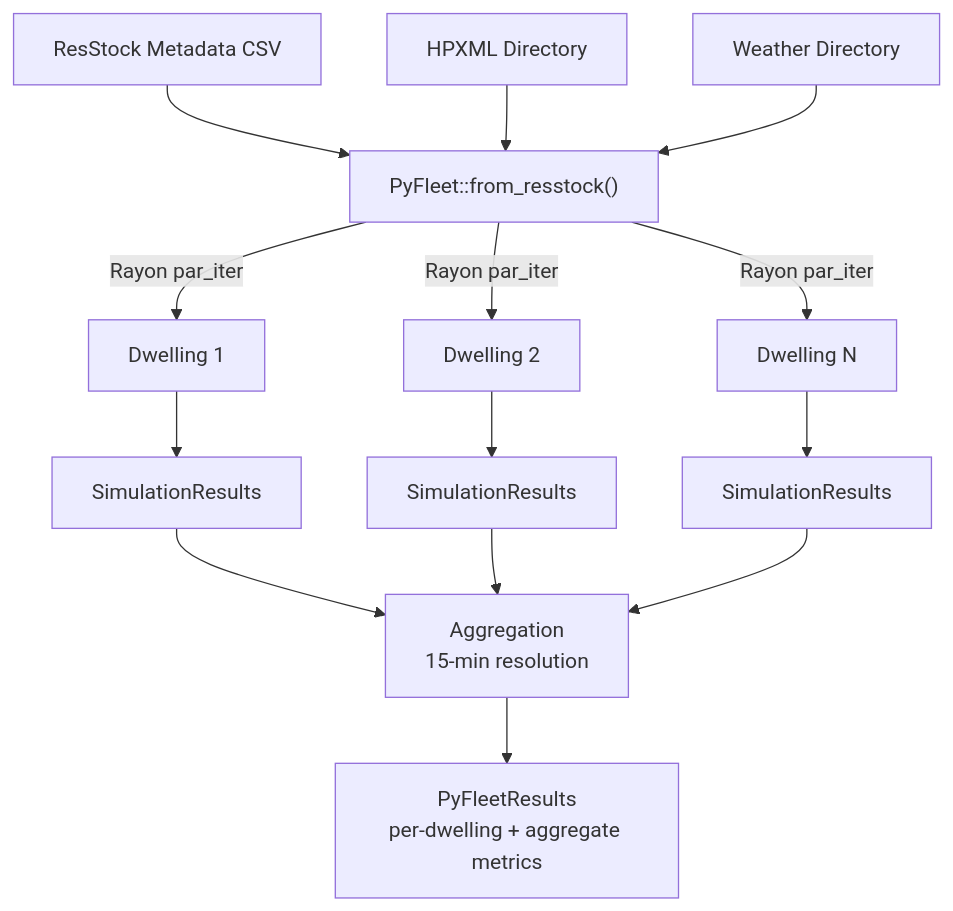
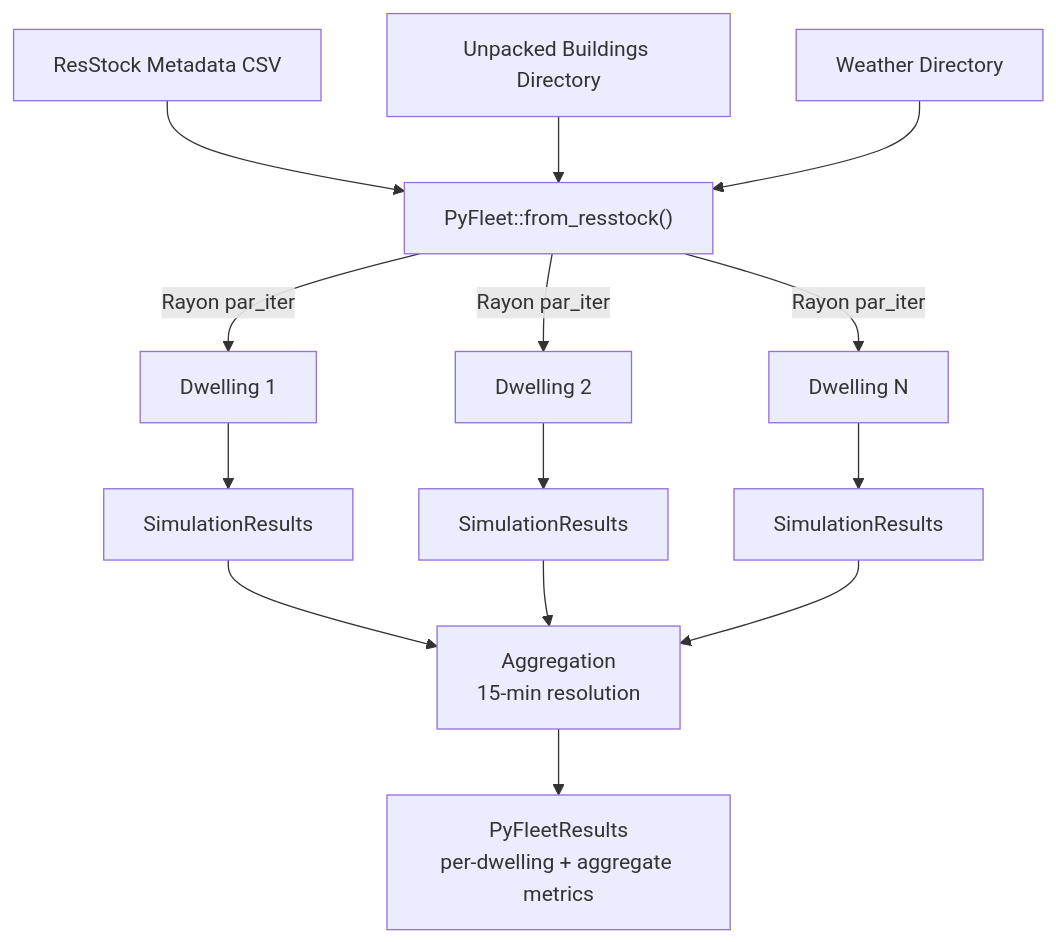
Before and after one commit to AZX-PBC-OSS/HARES: the eighth of 11 diagrams in docs/architecture.md, drawn with Mermaid. The commit also changed other lines of this file and 7 other files, not shown here.

````diff
--- a/docs/architecture.md
+++ b/docs/architecture.md
@@ -569,19 +569,19 @@
 ```mermaid
 graph TD
     META["ResStock Metadata CSV"] --> Fleet["PyFleet::from_resstock()"]
-    HPXML_DIR["HPXML Directory"] --> Fleet
+    BUILDINGS_DIR["Unpacked Buildings Directory"] --> Fleet
     WX_DIR["Weather Directory"] --> Fleet
 
     Fleet --> |"Rayon par_iter"| D1["Dwelling 1"]
     Fleet --> |"Rayon par_iter"| D2["Dwelling 2"]
     Fleet --> |"Rayon par_iter"| D3["Dwelling N"]
 
     D1 --> R1["SimulationResults"]
     D2 --> R2["SimulationResults"]
     D3 --> R3["SimulationResults"]
 
     R1 --> AGG["Aggregation<br/>15-min resolution"]
     R2 --> AGG
     R3 --> AGG
     AGG --> OUT["PyFleetResults<br/>per-dwelling + aggregate metrics"]
 ```
````
